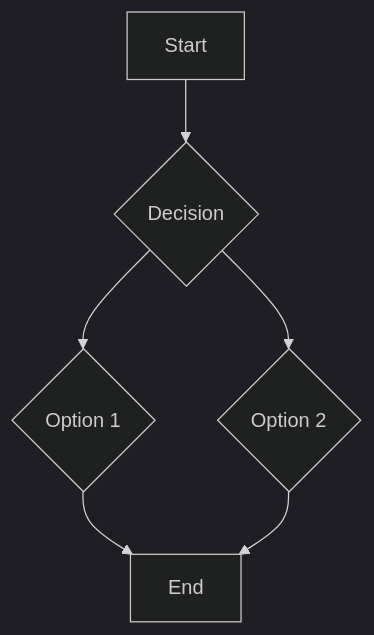
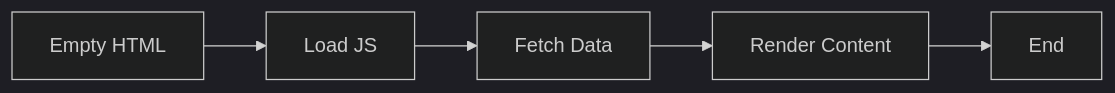
One commit to Sihambintahabib-ux/git-page-set-up- changed the diagram in NextJS/NextJS.md. Above: the diagram before and after it, drawn with Mermaid (dark theme). The commit also changed other lines of this file and 3 other files, not shown here.

````diff
--- a/NextJS/NextJS.md
+++ b/NextJS/NextJS.md
@@ -53,9 +52,9 @@
 ```mermaid
-graph TD;
-    A[Start] --> B{Decision};
-    B --> C{Option 1};
-    B --> D{Option 2};
-    C --> E[End];
-    D --> E;
+    flowchart LR;
+    A[Empty HTML] --> B[Load JS];
+    B --> C[Fetch Data];
+    C --> D[Render Content];
+    D --> E[End];
+
 
 ```
````
